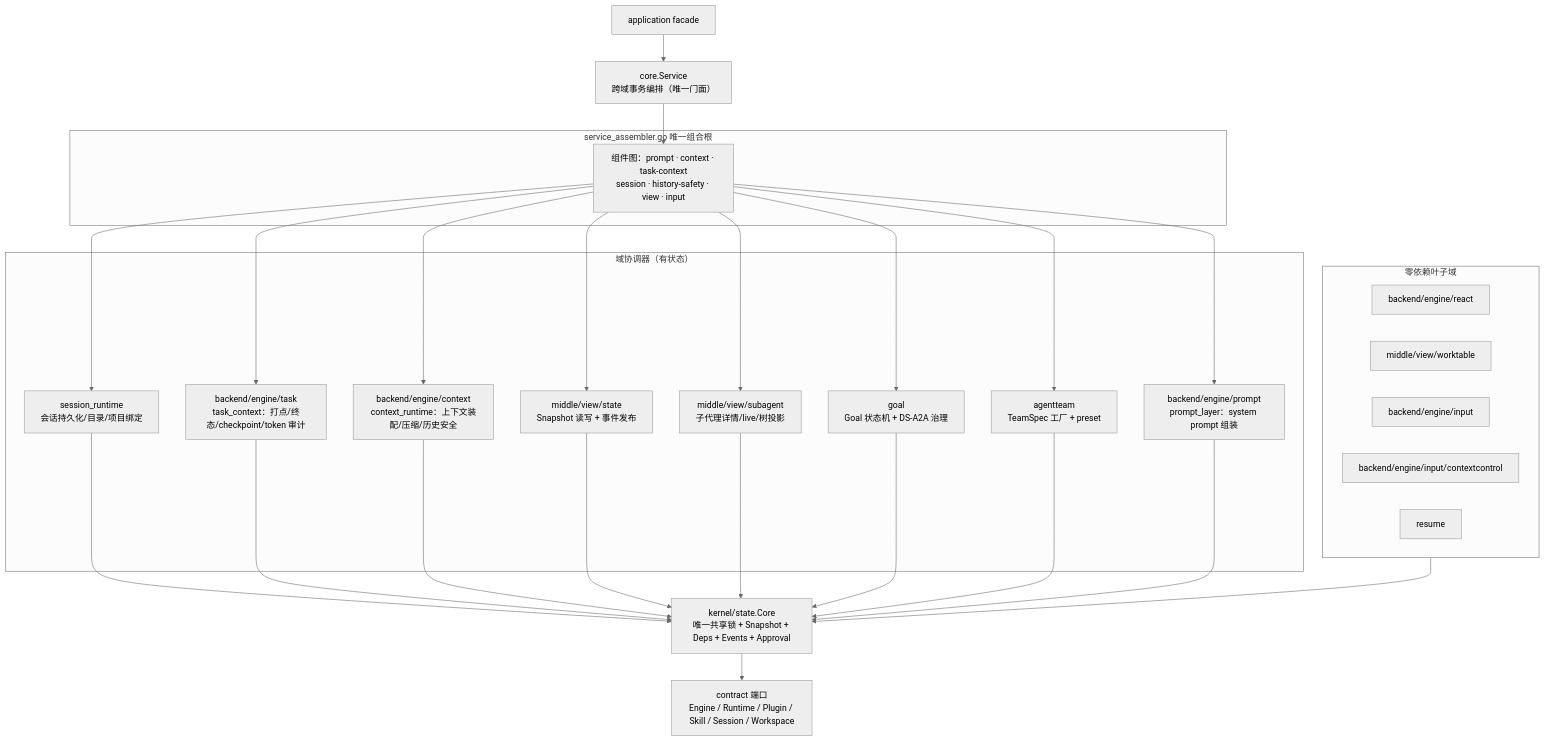
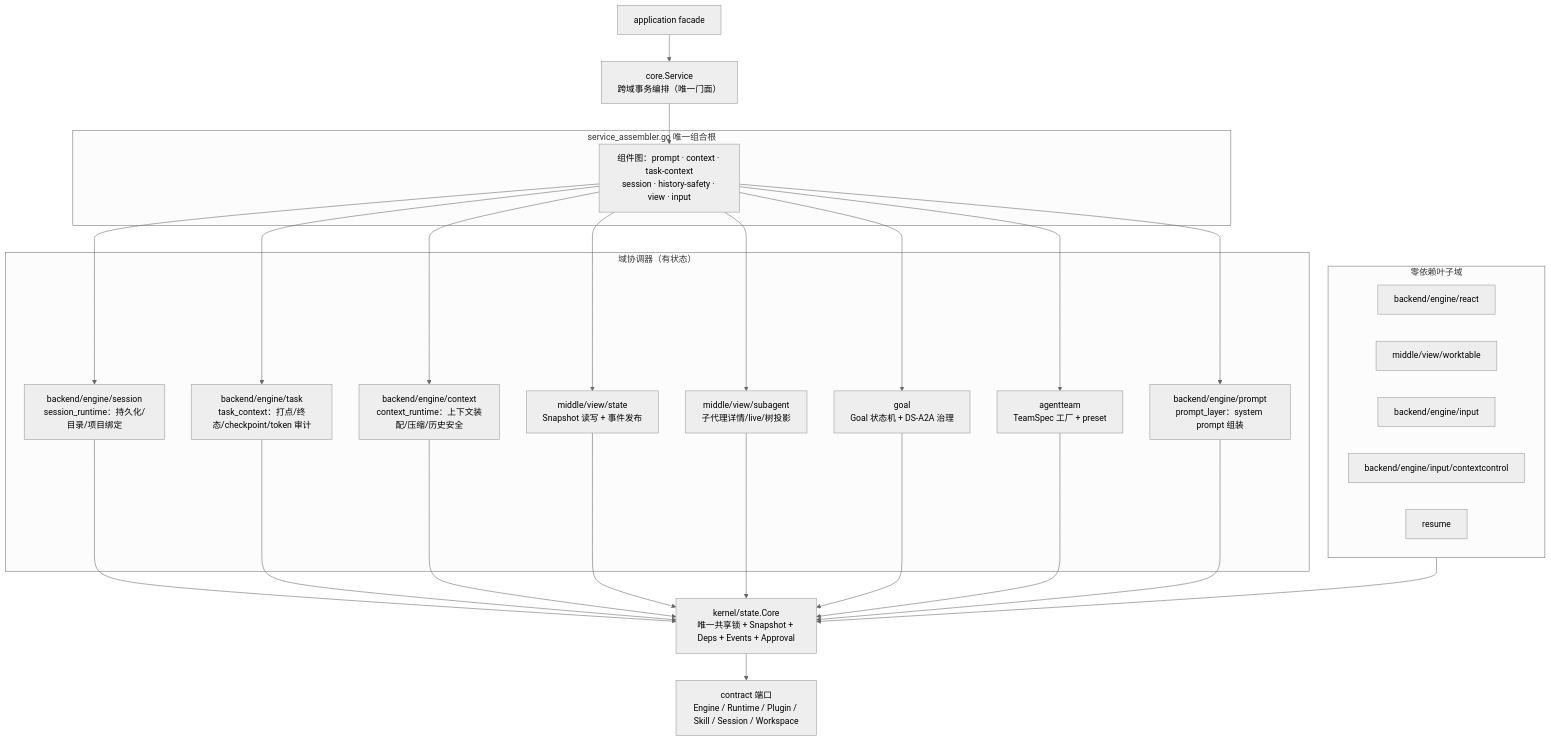
One commit to RedHuang-0622/seelex changed the first of 4 diagrams in application/core/README.md. Above: the diagram before and after it, drawn with Mermaid (neutral theme). The commit also changed other lines of this file and 53 other files, not shown here.

First line of the commit message:
refactor(arch): M5-R7f session_runtime 整包归位 backend/engine/session（plan §2.5）

````diff
--- a/application/core/README.md
+++ b/application/core/README.md
@@ -47,51 +49,51 @@
 ```mermaid
 flowchart TB
     FACADE["application facade"] --> SVC["core.Service<br/>跨域事务编排（唯一门面）"]
 
     subgraph ASSEMBLER["service_assembler.go 唯一组合根"]
         COMP["组件图：prompt · context · task-context<br/>session · history-safety · view · input"]
     end
 
     SVC --> COMP
 
     subgraph DOMAIN["域协调器（有状态）"]
-        SR["session_runtime<br/>会话持久化/目录/项目绑定"]
+        SR["backend/engine/session<br/>session_runtime：持久化/目录/项目绑定"]
         TC["backend/engine/task<br/>task_context：打点/终态/checkpoint/token 审计"]
         CR["backend/engine/context<br/>context_runtime：上下文装配/压缩/历史安全"]
         VS["middle/view/state<br/>Snapshot 读写 + 事件发布"]
         SV["middle/view/subagent<br/>子代理详情/live/树投影"]
         GOAL["goal<br/>Goal 状态机 + DS-A2A 治理"]
         TEAM["agentteam<br/>TeamSpec 工厂 + preset"]
         PL["backend/engine/prompt<br/>prompt_layer：system prompt 组装"]
     end
 
     subgraph LEAF["零依赖叶子域"]
         CHAT["backend/engine/react"]
         WT["middle/view/worktable"]
         IR["backend/engine/input"]
         CC["backend/engine/input/contextcontrol"]
         RES["resume"]
     end
 
     ST["kernel/state.Core<br/>唯一共享锁 + Snapshot + Deps + Events + Approval"]
     PORTS["contract 端口<br/>Engine / Runtime / Plugin / Skill / Session / Workspace"]
 
     COMP --> SR
     COMP --> TC
     COMP --> CR
     COMP --> VS
     COMP --> SV
     COMP --> GOAL
     COMP --> TEAM
     COMP --> PL
     SR --> ST
     TC --> ST
     CR --> ST
     VS --> ST
     SV --> ST
     GOAL --> ST
     TEAM --> ST
     PL --> ST
     LEAF --> ST
     ST --> PORTS
 ```
````
